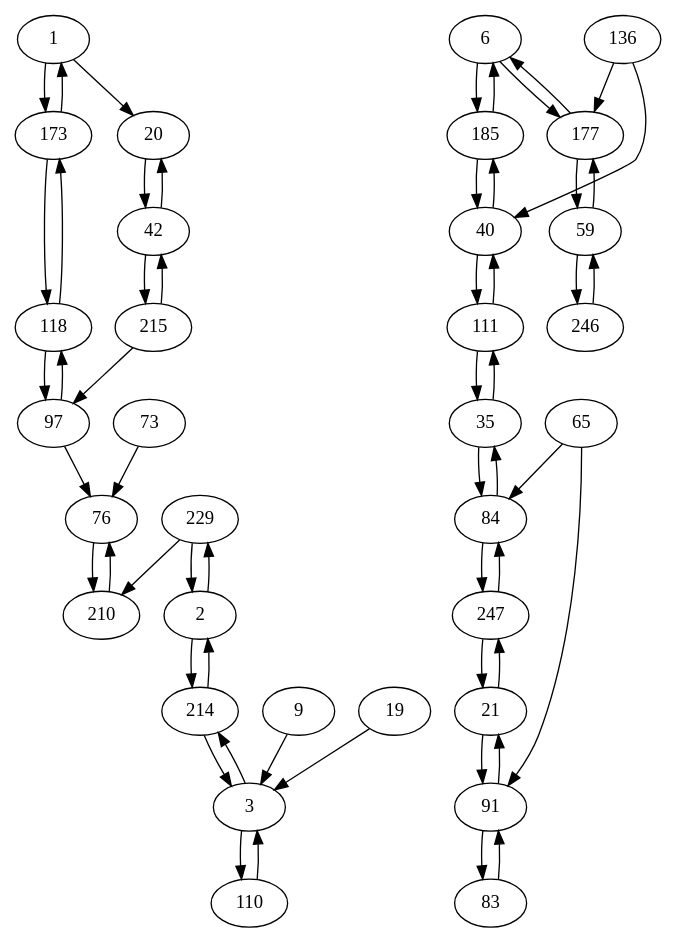
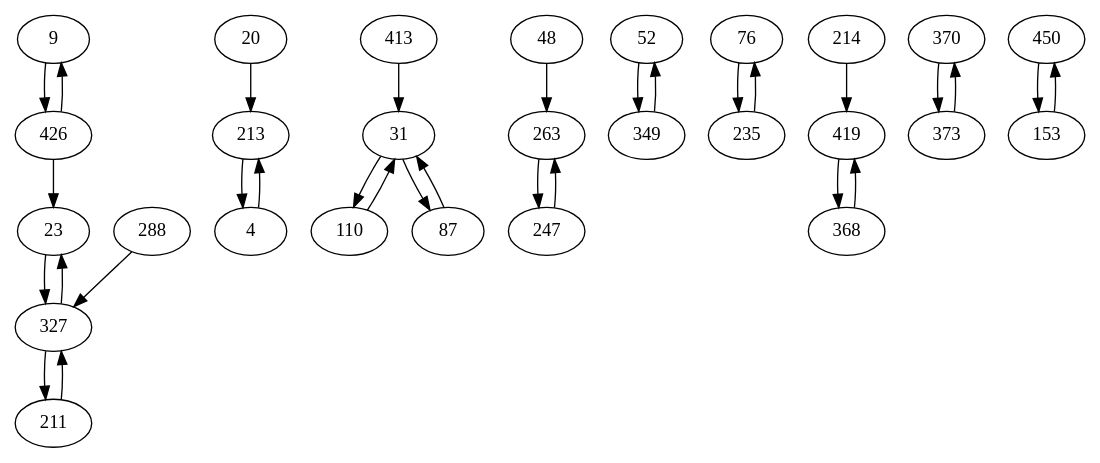
One commit to AuCson/Genome-Assembly-Implementation changed the diagram in external/dbg2olc/RawBestOverlapGraph.dot. Above: the diagram before and after it, drawn with Graphviz. The commit also changed 67 other files, not shown here.

```diff
--- a/external/dbg2olc/RawBestOverlapGraph.dot
+++ b/external/dbg2olc/RawBestOverlapGraph.dot
@@ -1,89 +1,59 @@
 digraph G {
-1 -> 173;
-2 -> 229;
-3 -> 110;
-6 -> 185;
-20 -> 42;
-21 -> 247;
-35 -> 111;
-40 -> 111;
-42 -> 20;
-59 -> 246;
-65 -> 91;
-73 -> 76;
-83 -> 91;
-84 -> 247;
-91 -> 21;
-97 -> 76;
-111 -> 35;
-118 -> 97;
-136 -> 177;
-173 -> 1;
-177 -> 59;
-185 -> 6;
-214 -> 3;
-215 -> 42;
-229 -> 2;
-246 -> 59;
-247 -> 21;
-1 -> 20;
-2 -> 214;
-3 -> 214;
-6 -> 177;
-9 -> 3;
-19 -> 3;
-21 -> 91;
-35 -> 84;
-40 -> 185;
-42 -> 215;
-59 -> 177;
-65 -> 84;
-76 -> 210;
-84 -> 35;
-91 -> 83;
-97 -> 118;
-110 -> 3;
-111 -> 40;
-118 -> 173;
-136 -> 40;
-173 -> 118;
-177 -> 6;
-185 -> 40;
-210 -> 76;
-214 -> 2;
-215 -> 97;
-229 -> 210;
-247 -> 84;
-1
-2
-3
-6
+9 -> 426;
+20 -> 213;
+23 -> 327;
+31 -> 110;
+48 -> 263;
+52 -> 349;
+76 -> 235;
+87 -> 31;
+110 -> 31;
+211 -> 327;
+213 -> 4;
+214 -> 419;
+235 -> 76;
+263 -> 247;
+288 -> 327;
+327 -> 211;
+349 -> 52;
+368 -> 419;
+370 -> 373;
+413 -> 31;
+426 -> 23;
+450 -> 153;
+4 -> 213;
+31 -> 87;
+153 -> 450;
+247 -> 263;
+327 -> 23;
+373 -> 370;
+419 -> 368;
+426 -> 9;
+4
 9
-19
 20
-21
-35
-40
-42
-59
-65
-73
+23
+31
+48
+52
 76
-83
-84
-91
-97
+87
 110
-111
-118
-136
-173
-177
-185
-210
+153
+211
+213
 214
-215
-229
-246
+235
 247
+263
+288
+327
+349
+368
+370
+373
+413
+419
+426
+450
 }
```
